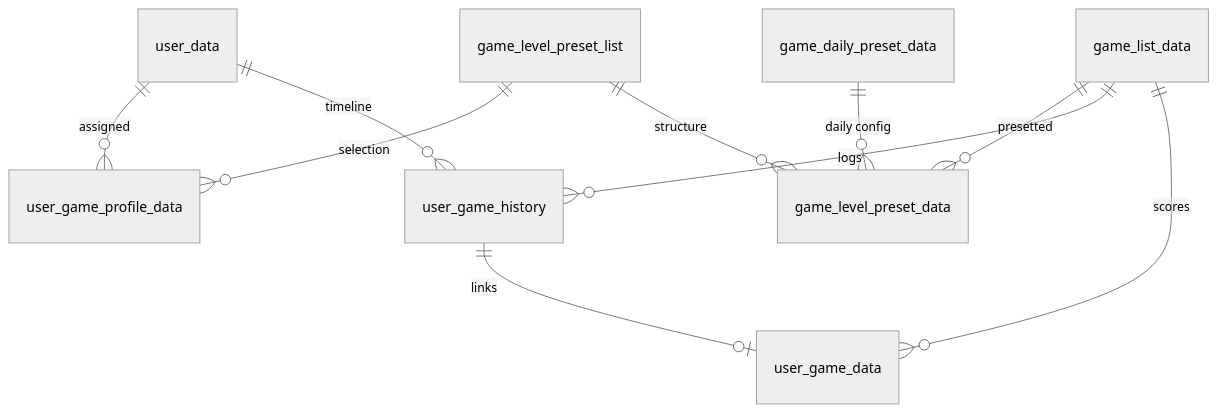
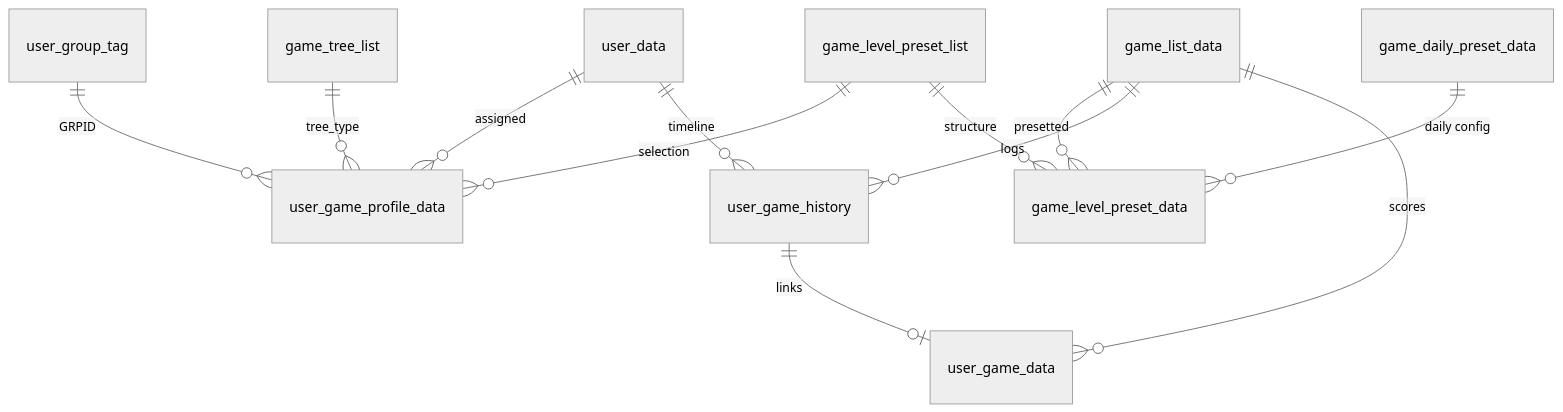
One commit to ChayutChanmueang/mci-cognitive-game-hub-dev-deploy changed the second of 2 diagrams in docs/software/03-data-schema.md. Above: the diagram before and after it, drawn with Mermaid (neutral theme). The commit also changed other lines of this file and 6 other files, not shown here.

````diff
--- a/docs/software/03-data-schema.md
+++ b/docs/software/03-data-schema.md
@@ -232,16 +250,18 @@
 ```mermaid
 erDiagram
     user_data ||--o{ user_game_history : "timeline"
     user_data ||--o{ user_game_profile_data : "assigned"
     
     game_list_data ||--o{ user_game_data : "scores"
     game_list_data ||--o{ user_game_history : "logs"
     game_list_data ||--o{ game_level_preset_data : "presetted"
 
     user_game_history ||--o| user_game_data : "links"
     
     game_level_preset_list ||--o{ game_level_preset_data : "structure"
     game_level_preset_list ||--o{ user_game_profile_data : "selection"
+    game_tree_list ||--o{ user_game_profile_data : "tree_type"
+    user_group_tag ||--o{ user_game_profile_data : "GRPID"
     
     game_daily_preset_data ||--o{ game_level_preset_data : "daily config"
 ```
````
